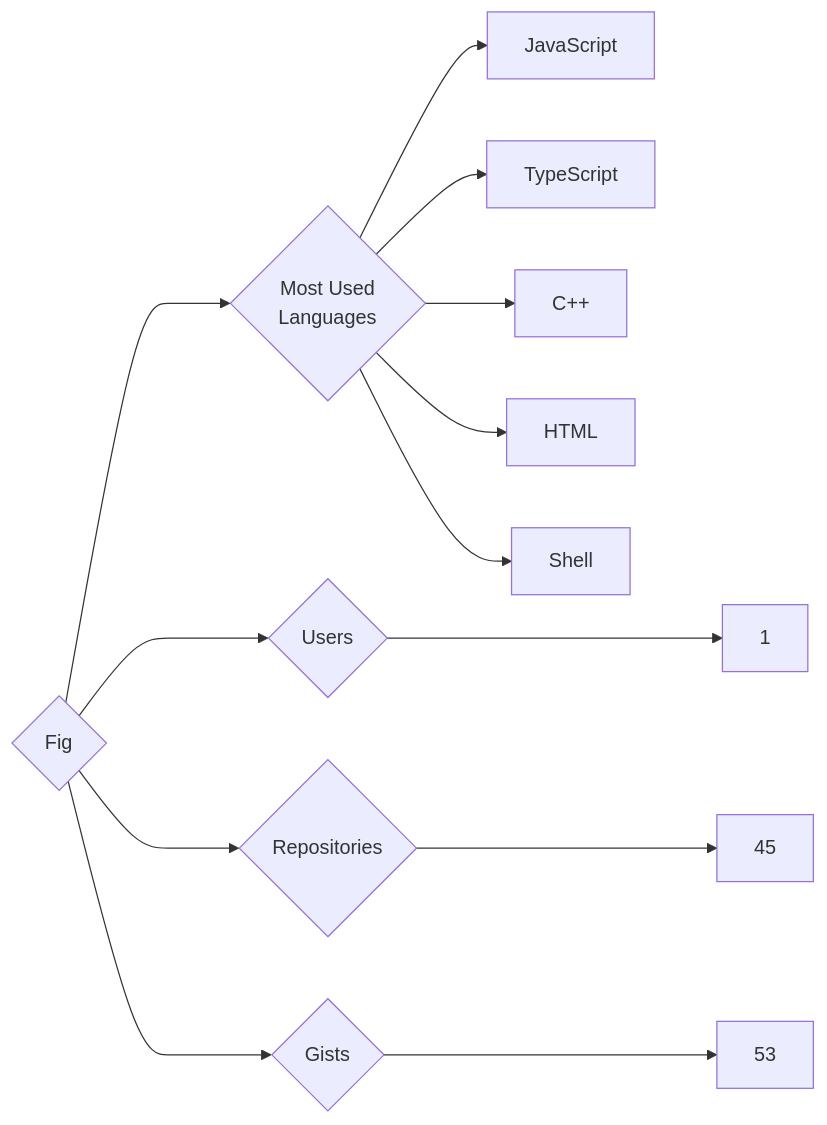
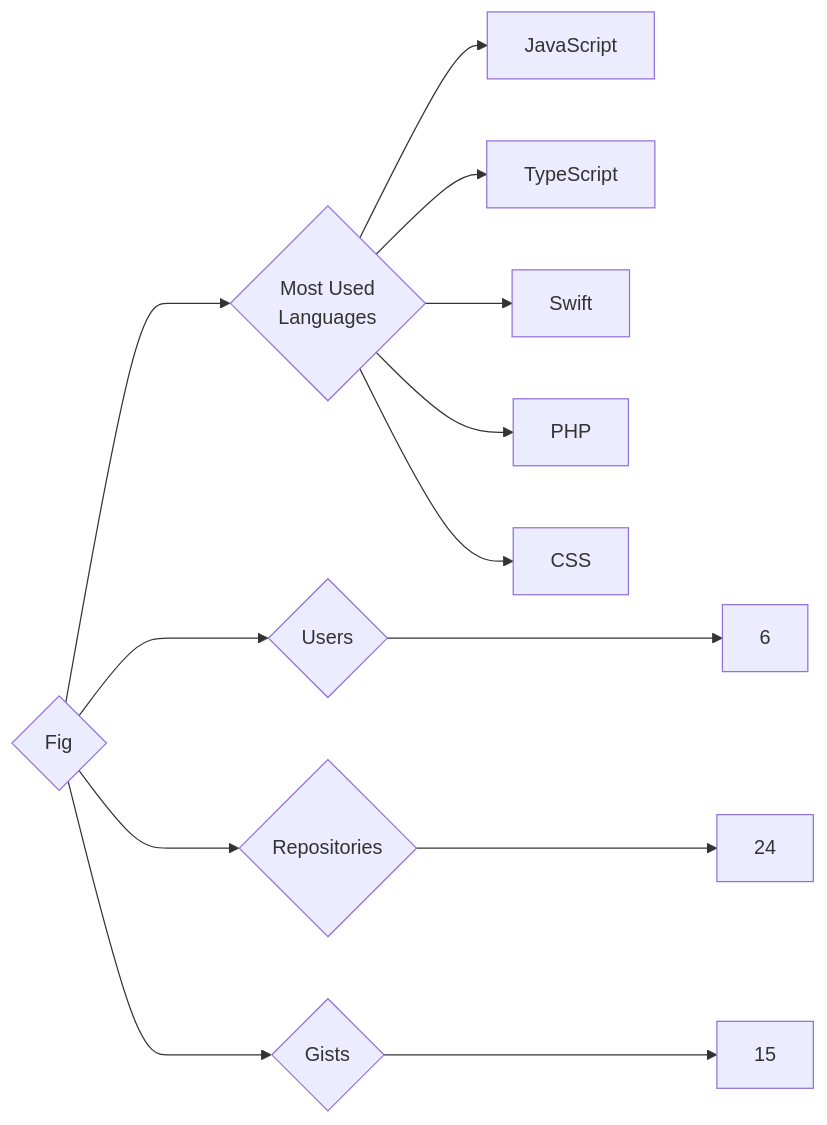
One commit to trickest/insiders changed the diagram in targets/Fig/README.md. Above: the diagram before and after it, drawn with Mermaid. The commit also changed 814 other files, not shown here.

````diff
--- a/targets/Fig/README.md
+++ b/targets/Fig/README.md
@@ -3,13 +3,13 @@
 ```mermaid
 graph LR
 COMPANY_NAME{Fig}
-COMPANY_NAME ---> U{Users} ---> UN[1]
-COMPANY_NAME ---> R{Repositories} ---> RN[45]
-COMPANY_NAME ---> G{Gists} ---> GN[53]
+COMPANY_NAME ---> U{Users} ---> UN[6]
+COMPANY_NAME ---> R{Repositories} ---> RN[24]
+COMPANY_NAME ---> G{Gists} ---> GN[15]
 COMPANY_NAME ---> ML{Most Used<br>Languages}
 ML --> JavaScript[JavaScript]
 ML --> TypeScript[TypeScript]
-ML --> C++[C++]
-ML --> HTML[HTML]
-ML --> Shell[Shell]
+ML --> Swift[Swift]
+ML --> PHP[PHP]
+ML --> CSS[CSS]
 ```
````
